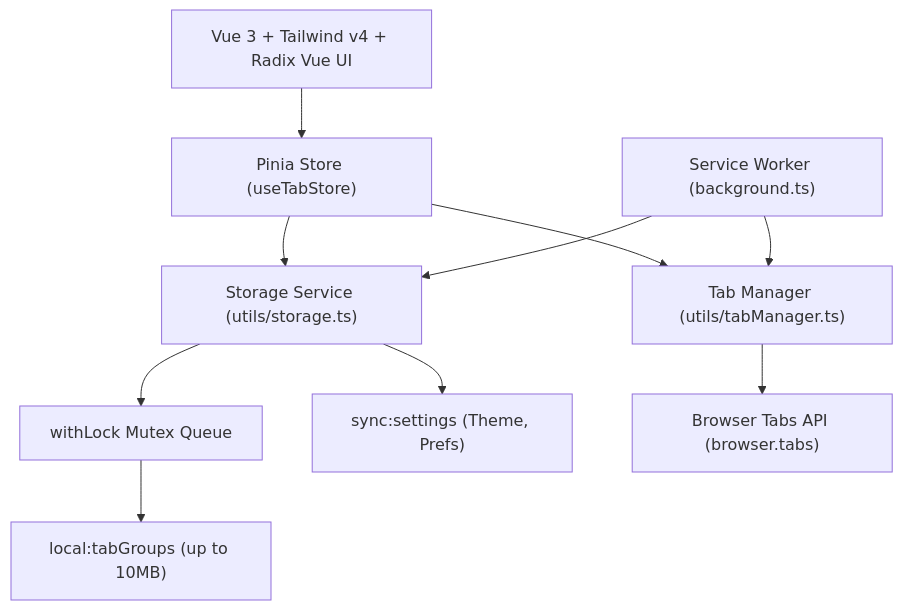
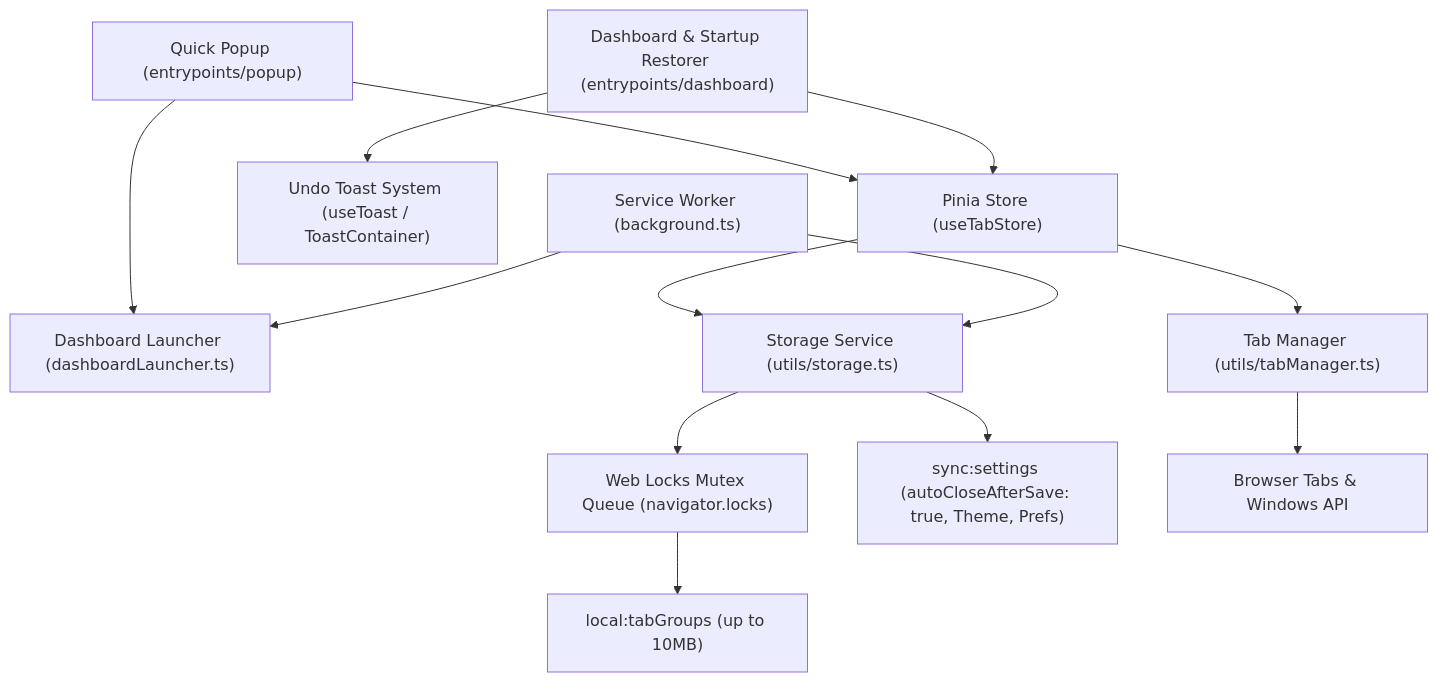
One commit to topos-lab/packtabs-extension changed the diagram in docs/specs/tab-group-manager/design.md. Above: the diagram before and after it, drawn with Mermaid. The commit also changed other lines of this file and 52 other files, not shown here.

Commit message:
feat(ui,popup,restorer): add quick action popup, dual-mode open, undo toasts, and UI polish

````diff
--- a/docs/specs/tab-group-manager/design.md
+++ b/docs/specs/tab-group-manager/design.md
@@ -67,12 +77,15 @@
 ```mermaid
 graph TD
-    A["Vue 3 + Tailwind v4 + Radix Vue UI"] --> B["Pinia Store (useTabStore)"]
+    P["Quick Popup (entrypoints/popup)"] --> B["Pinia Store (useTabStore)"]
+    P --> L["Dashboard Launcher (dashboardLauncher.ts)"]
+    A["Dashboard & Startup Restorer (entrypoints/dashboard)"] --> B
+    A --> T["Undo Toast System (useToast / ToastContainer)"]
     B --> C["Storage Service (utils/storage.ts)"]
     B --> D["Tab Manager (utils/tabManager.ts)"]
-    C --> E["withLock Mutex Queue"]
+    C --> E["Web Locks Mutex Queue (navigator.locks)"]
     E --> F["local:tabGroups (up to 10MB)"]
-    C --> G["sync:settings (Theme, Prefs)"]
+    C --> G["sync:settings (autoCloseAfterSave: true, Theme, Prefs)"]
     H["Service Worker (background.ts)"] --> C
-    H --> D
-    D --> I["Browser Tabs API (browser.tabs)"]
+    H --> L
+    D --> I["Browser Tabs & Windows API"]
 ```
````
